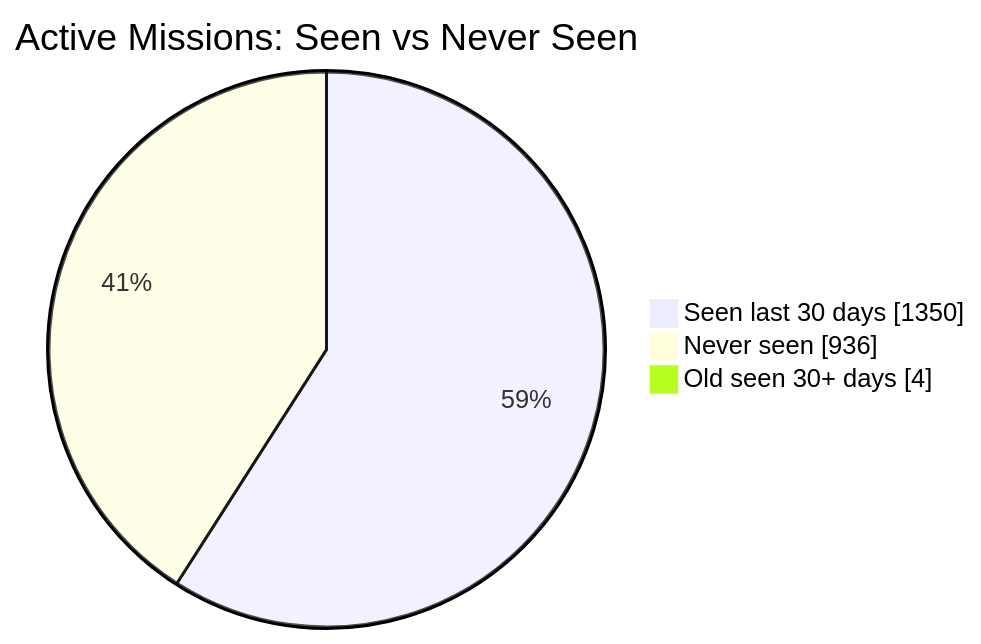
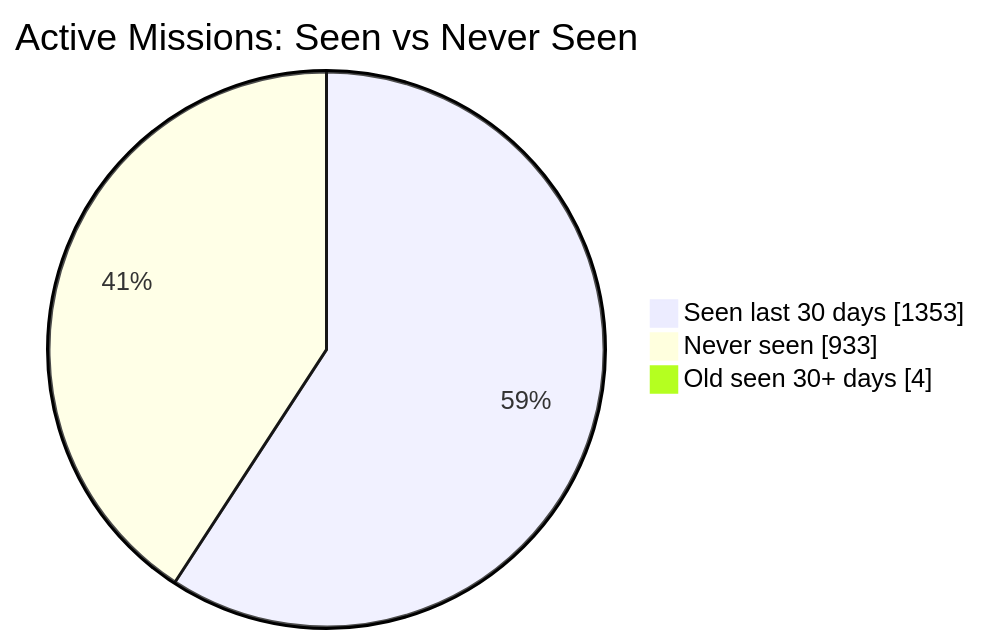
One commit to MeldkamerspelGameTeam/active-missions changed the first of 2 diagrams in README.md. Above: the diagram before and after it, drawn with Mermaid. The commit also changed other lines of this file and 2 other files, not shown here.

````diff
--- a/README.md
+++ b/README.md
@@ -34,7 +34,7 @@
 ```mermaid
 pie showData
     title Active Missions: Seen vs Never Seen
-    "Seen last 30 days" : 1350
-    "Never seen" : 936
+    "Seen last 30 days" : 1353
+    "Never seen" : 933
     "Old seen 30+ days" : 4
 ```
````
